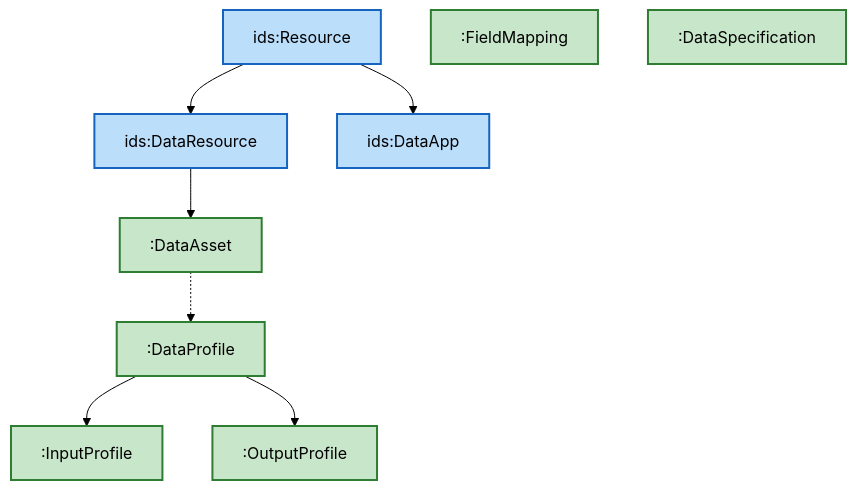
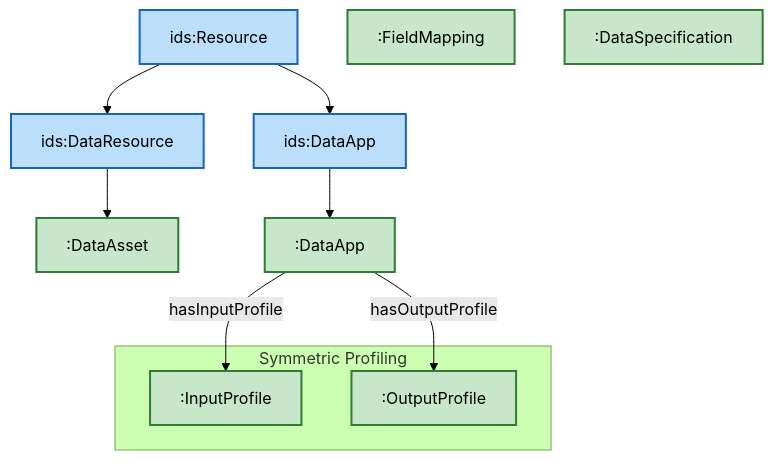
One commit to KhaosResearch/EDAAnOWL changed the second of 3 diagrams in docs/ONTOLOGY_OVERVIEW_DIAGRAM_ES.md. Above: the diagram before and after it, drawn with Mermaid (forest theme). The commit also changed other lines of this file and 3 other files, not shown here.

````diff
--- a/docs/ONTOLOGY_OVERVIEW_DIAGRAM_ES.md
+++ b/docs/ONTOLOGY_OVERVIEW_DIAGRAM_ES.md
@@ -44,27 +59,31 @@
 ```mermaid
 flowchart TD
     classDef idsa fill:#bbdefb,stroke:#1565c0,stroke-width:2px
     classDef edaan fill:#c8e6c9,stroke:#2e7d32,stroke-width:2px
 
     R["ids:Resource"]
     DR["ids:DataResource"]
-    DA["ids:DataApp"]
+    DA_IDSA["ids:DataApp"]
 
     R --> DR
-    R --> DA
+    R --> DA_IDSA
 
     DataAsset[":DataAsset"]
+    DataApp[":DataApp"]
     FieldMap[":FieldMapping"]
     DataSpec[":DataSpecification"]
-    DataProf[":DataProfile"]
-    InProf[":InputProfile"]
-    OutProf[":OutputProfile"]
+    
+    subgraph Profiles ["Symmetric Profiling"]
+        InProf[":InputProfile"]
+        OutProf[":OutputProfile"]
+    end
 
     DR --> DataAsset
-    DataAsset -.-> DataProf
-    DataProf --> InProf
-    DataProf --> OutProf
+    DA_IDSA --> DataApp
     
-    class R,DR,DA idsa
-    class DataAsset,FieldMap,DataSpec,DataProf,InProf,OutProf edaan
+    DataApp -- "hasInputProfile" --> InProf
+    DataApp -- "hasOutputProfile" --> OutProf
+    
+    class R,DR,DA_IDSA idsa
+    class DataAsset,DataApp,FieldMap,DataSpec,InProf,OutProf edaan
 ```
````
